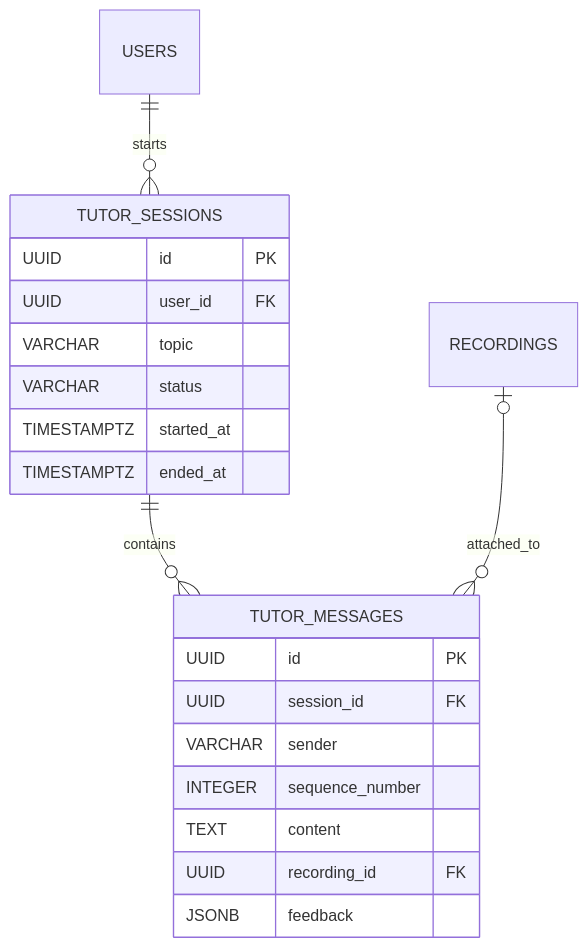
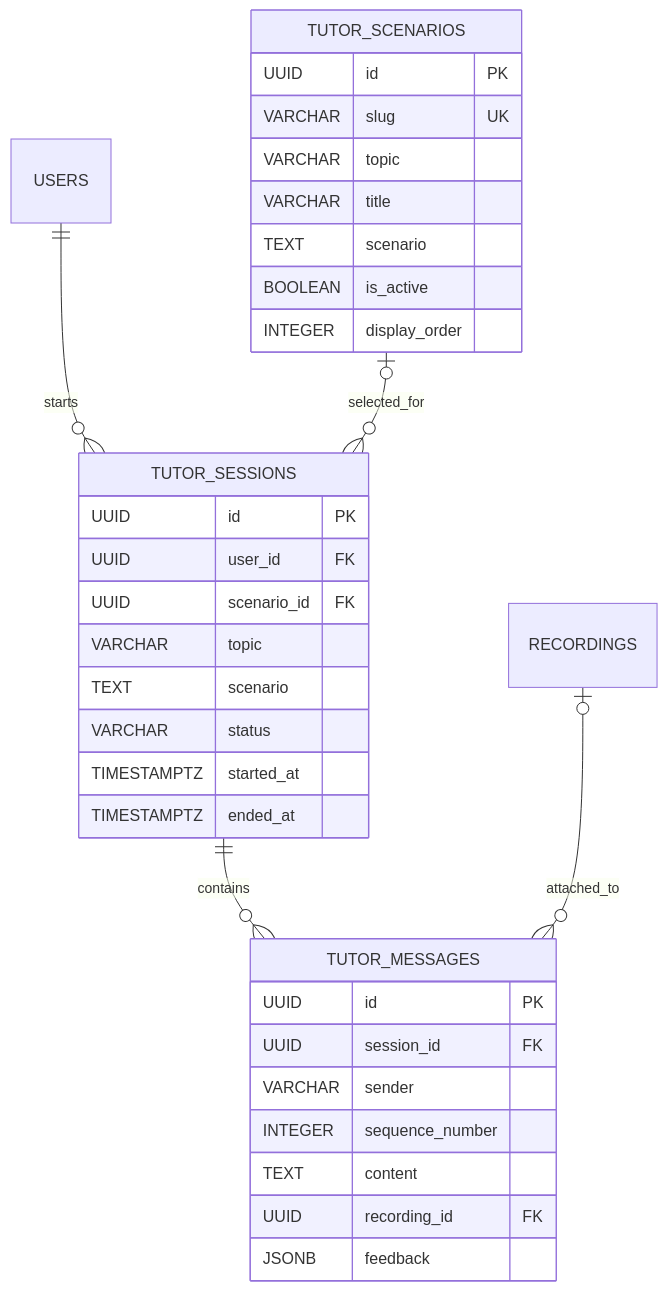
The fifth of 6 diagrams in docs/05-database.md (mrthinh307/kaiwa-up), drawn with Mermaid before and after one commit. The commit also changed other lines of this file and 4 other files, not shown here.

Commit message:
feat: update requirements and user flow for free-text translation input and AI evaluation

````diff
--- a/docs/05-database.md
+++ b/docs/05-database.md
@@ -183,23 +183,35 @@
 ```mermaid
 erDiagram
     USERS ||--o{ TUTOR_SESSIONS : starts
+    TUTOR_SCENARIOS o|--o{ TUTOR_SESSIONS : selected_for
     TUTOR_SESSIONS ||--o{ TUTOR_MESSAGES : contains
     RECORDINGS o|--o{ TUTOR_MESSAGES : attached_to
+    TUTOR_SCENARIOS {
+        UUID id PK
+        VARCHAR slug UK
+        VARCHAR topic
+        VARCHAR title
+        TEXT scenario
+        BOOLEAN is_active
+        INTEGER display_order
+    }
     TUTOR_SESSIONS {
         UUID id PK
         UUID user_id FK
+        UUID scenario_id FK
         VARCHAR topic
+        TEXT scenario
         VARCHAR status
         TIMESTAMPTZ started_at
         TIMESTAMPTZ ended_at
     }
     TUTOR_MESSAGES {
         UUID id PK
         UUID session_id FK
         VARCHAR sender
         INTEGER sequence_number
         TEXT content
         UUID recording_id FK
         JSONB feedback
     }
 ```
````
